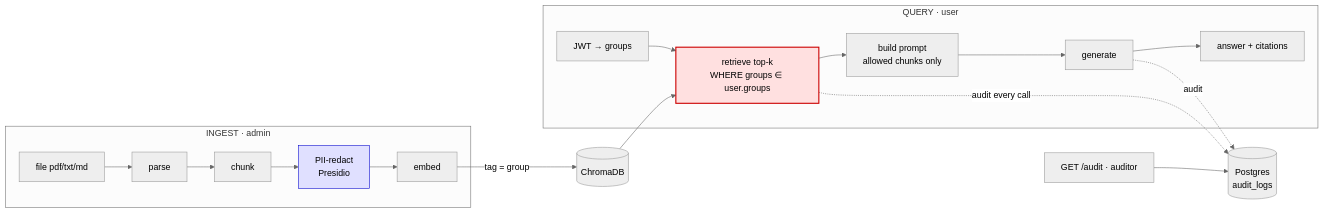
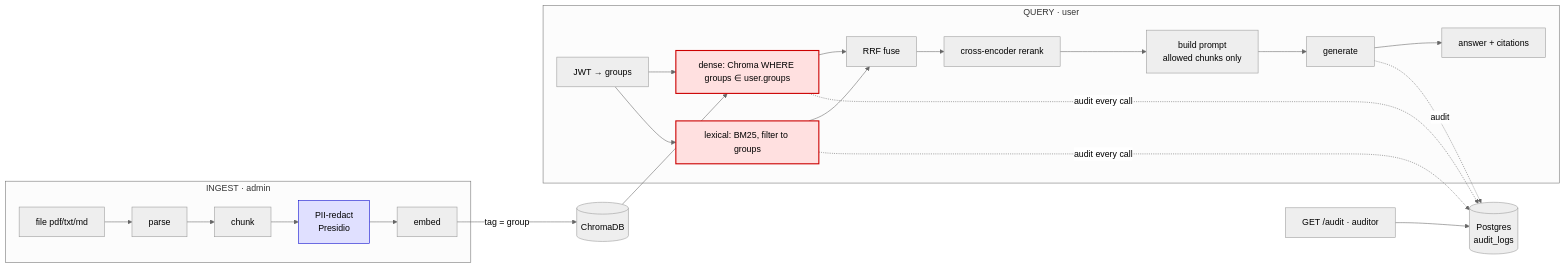
Before and after one commit to wteja/rag-compliance-engine: the diagram in README.md, drawn with Mermaid (neutral theme). The commit also changed other lines of this file and 2 other files, not shown here.

Commit message:
chore: add slice-2 deps, pre-download reranker, document hybrid pipeline

````diff
--- a/README.md
+++ b/README.md
@@ -18,18 +19,23 @@
 ```mermaid
 flowchart LR
     subgraph ingest["INGEST · admin"]
         F[file pdf/txt/md] --> P[parse] --> C[chunk] --> R[PII-redact<br/>Presidio] --> E1[embed]
     end
     subgraph query["QUERY · user"]
-        J[JWT → groups] --> RET[retrieve top-k<br/>WHERE groups ∈ user.groups]
-        RET --> PR[build prompt<br/>allowed chunks only] --> G[generate] --> ANS[answer + citations]
+        J[JWT → groups] --> DENSE[dense: Chroma WHERE groups ∈ user.groups]
+        J --> LEX[lexical: BM25, filter to groups]
+        DENSE --> FUSE[RRF fuse]
+        LEX --> FUSE
+        FUSE --> RR[cross-encoder rerank] --> PR[build prompt<br/>allowed chunks only] --> G[generate] --> ANS[answer + citations]
     end
     E1 -->|tag = group| DB[(ChromaDB)]
-    DB --> RET
-    RET -.audit every call.-> LOG[(Postgres<br/>audit_logs)]
+    DB --> DENSE
+    DENSE -.audit every call.-> LOG[(Postgres<br/>audit_logs)]
+    LEX -.audit every call.-> LOG
     G -.audit.-> LOG
     A[GET /audit · auditor] --> LOG
 
-    style RET fill:#ffe0e0,stroke:#c00,stroke-width:2px
+    style DENSE fill:#ffe0e0,stroke:#c00,stroke-width:2px
+    style LEX fill:#ffe0e0,stroke:#c00,stroke-width:2px
     style R fill:#e0e0ff,stroke:#00c
 ```
````
